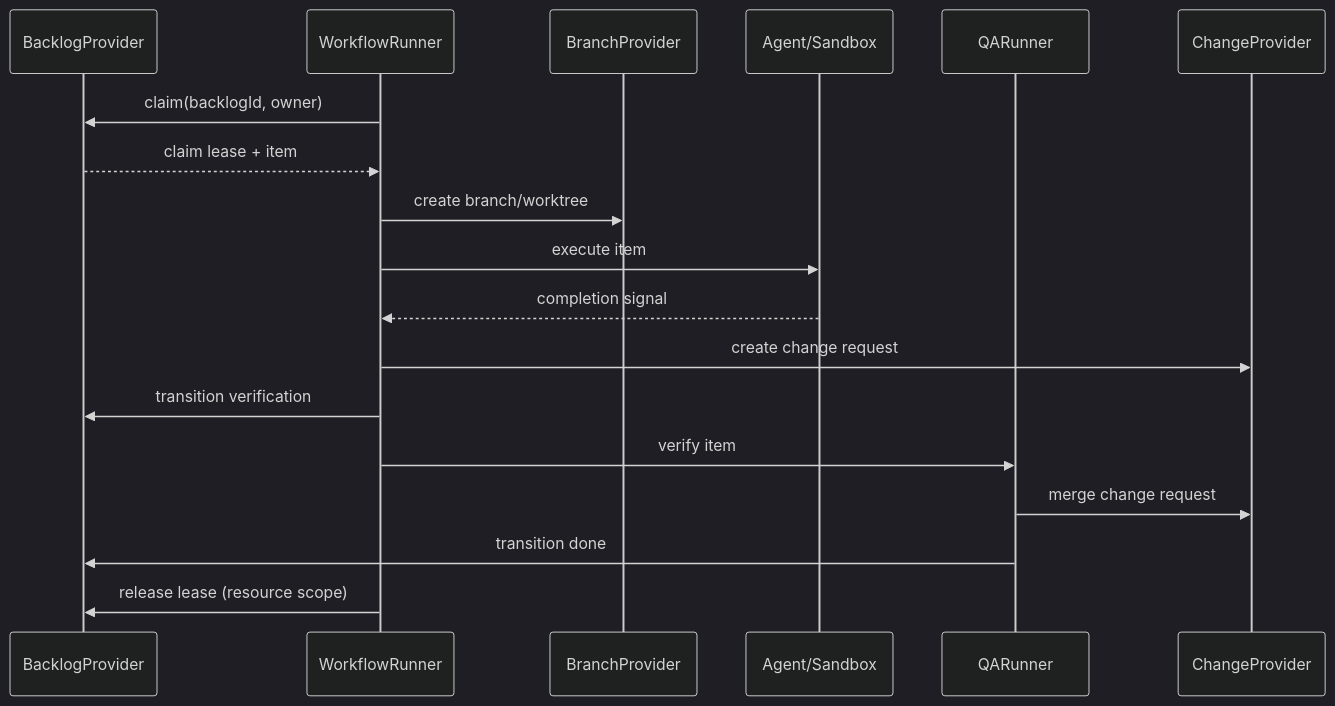
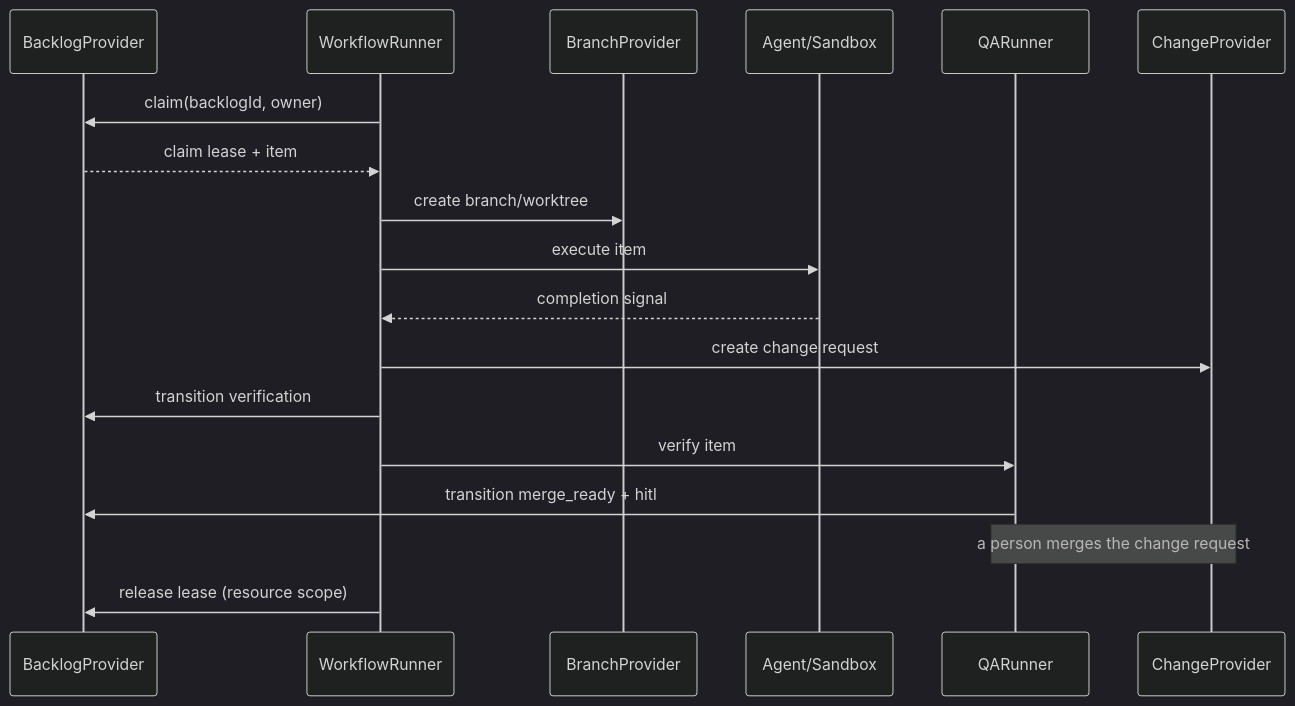
Before and after one commit to easyhaloo/afk: the diagram in docs/architecture/overview.md, drawn with Mermaid (dark theme). The commit also changed other lines of this file and 9 other files, not shown here.

````diff
--- a/docs/architecture/overview.md
+++ b/docs/architecture/overview.md
@@ -586,21 +609,21 @@
 ```mermaid
 sequenceDiagram
     participant P as BacklogProvider
     participant R as WorkflowRunner
     participant B as BranchProvider
     participant A as Agent/Sandbox
     participant Q as QARunner
     participant C as ChangeProvider
 
     R->>P: claim(backlogId, owner)
     P-->>R: claim lease + item
     R->>B: create branch/worktree
     R->>A: execute item
     A-->>R: completion signal
     R->>C: create change request
     R->>P: transition verification
     R->>Q: verify item
-    Q->>C: merge change request
-    Q->>P: transition done
+    Q->>P: transition merge_ready + hitl
+    Note over Q,C: a person merges the change request
     R->>P: release lease (resource scope)
 ```
````
